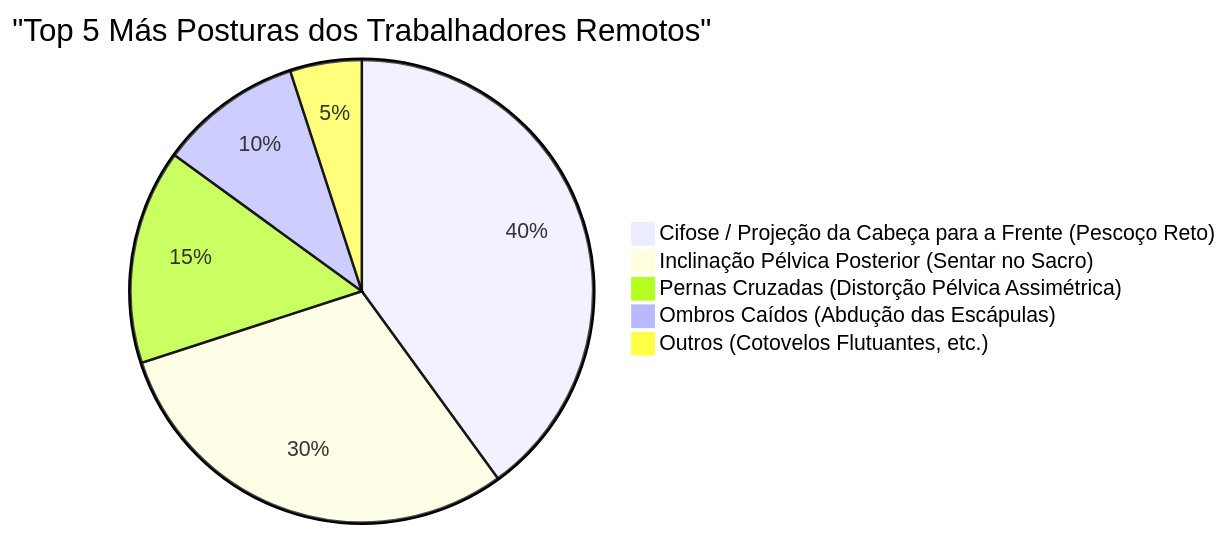
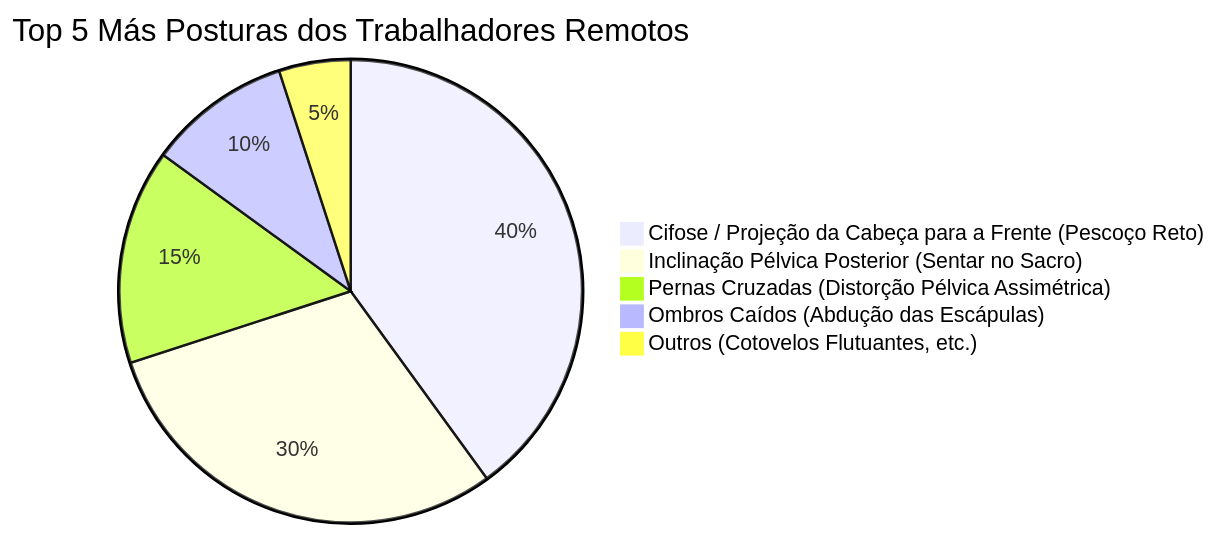
The second of 2 diagrams in content/post/ergonomic_chairs/index.pt.md (kenjinote/blog), drawn with Mermaid before and after one commit. The commit also changed other lines of this file and 703 other files, not shown here.

Commit message:
Fix: Remove quotes from Mermaid link texts and timeline definitions to support Mermaid 11.4.1

````diff
--- a/content/post/ergonomic_chairs/index.pt.md
+++ b/content/post/ergonomic_chairs/index.pt.md
@@ -135,8 +135,8 @@
 ```mermaid
-pie title "Top 5 Más Posturas dos Trabalhadores Remotos"
+pie title Top 5 Más Posturas dos Trabalhadores Remotos
     "Cifose / Projeção da Cabeça para a Frente (Pescoço Reto)" : 40
     "Inclinação Pélvica Posterior (Sentar no Sacro)" : 30
     "Pernas Cruzadas (Distorção Pélvica Assimétrica)" : 15
     "Ombros Caídos (Abdução das Escápulas)" : 10
     "Outros (Cotovelos Flutuantes, etc.)" : 5
 ```
````
